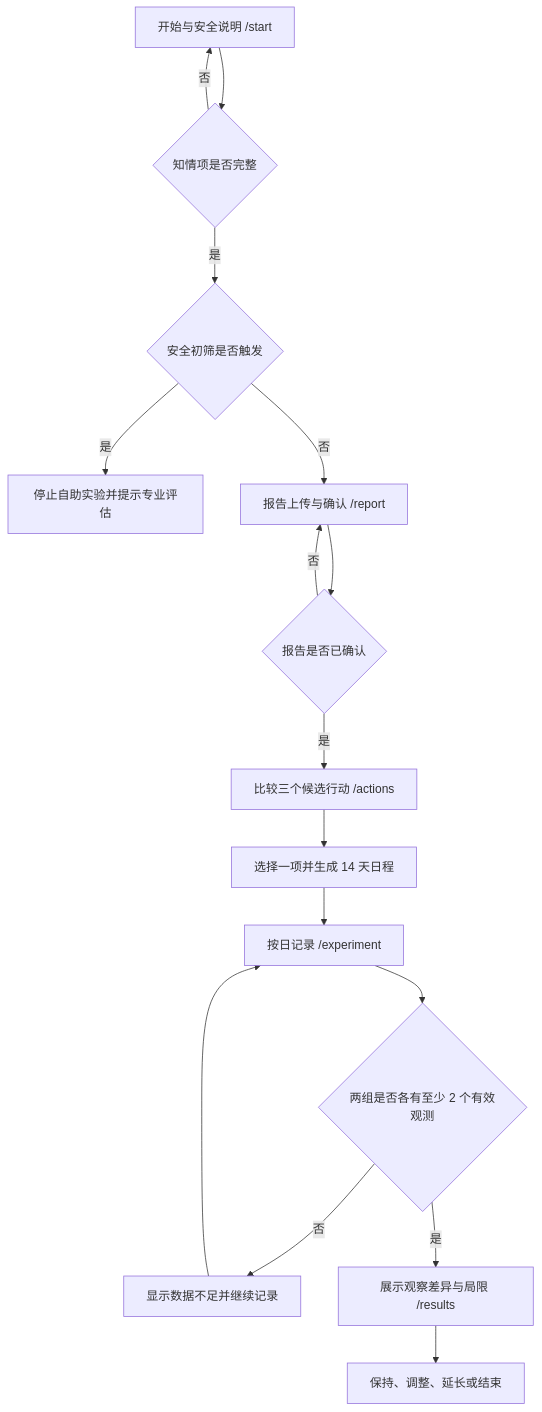
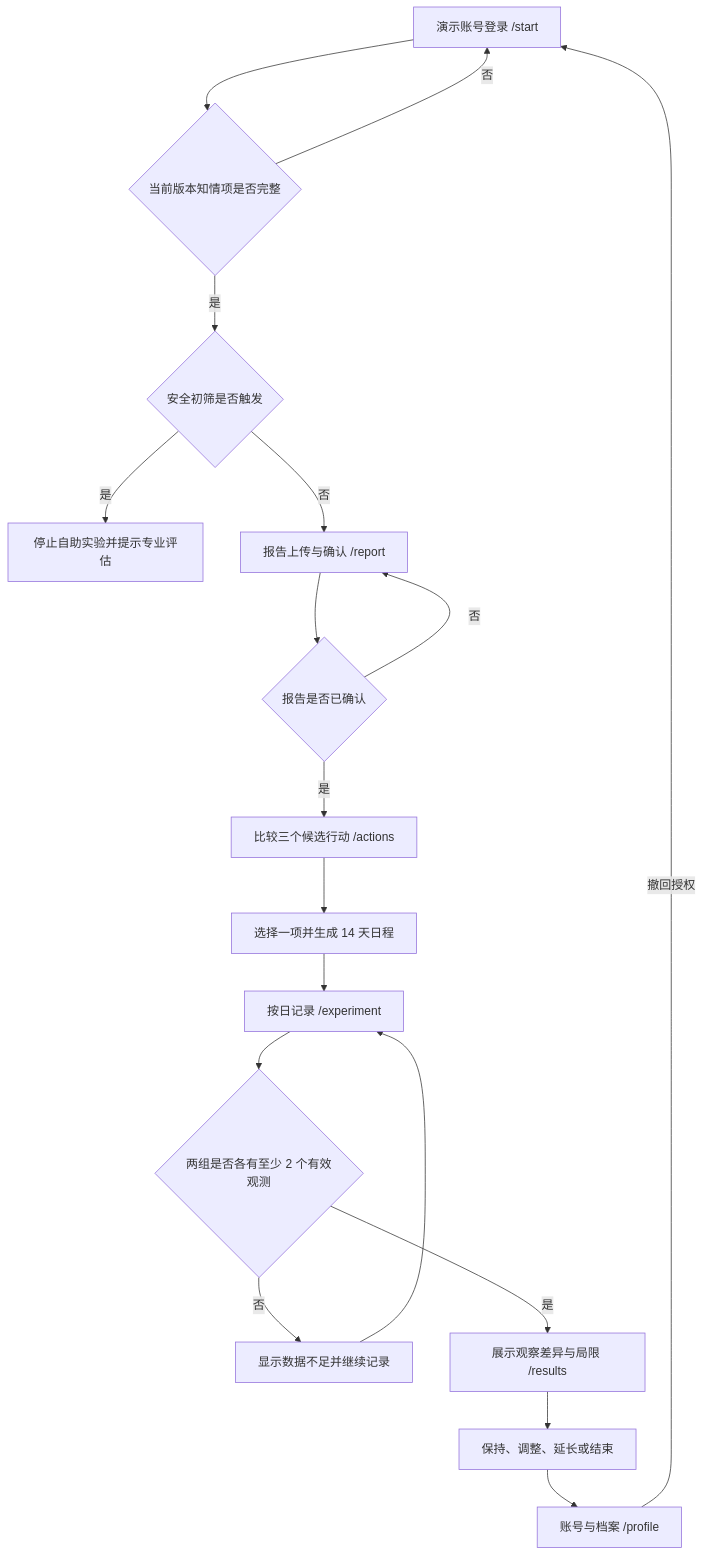
Before and after one commit to Ducklett404/YunSync: the diagram in docs/UX_FLOW.md, drawn with Mermaid. The commit also changed other lines of this file and 42 other files, not shown here.

````diff
--- a/docs/UX_FLOW.md
+++ b/docs/UX_FLOW.md
@@ -8,18 +9,20 @@
 ```mermaid
 flowchart TD
-    A[开始与安全说明 /start] --> B{知情项是否完整}
+    A[演示账号登录 /start] --> B{当前版本知情项是否完整}
     B -- 否 --> A
     B -- 是 --> C{安全初筛是否触发}
     C -- 是 --> S[停止自助实验并提示专业评估]
     C -- 否 --> D[报告上传与确认 /report]
     D --> E{报告是否已确认}
     E -- 否 --> D
     E -- 是 --> F[比较三个候选行动 /actions]
     F --> G[选择一项并生成 14 天日程]
     G --> H[按日记录 /experiment]
     H --> I{两组是否各有至少 2 个有效观测}
     I -- 否 --> J[显示数据不足并继续记录]
     I -- 是 --> K[展示观察差异与局限 /results]
     J --> H
     K --> L[保持、调整、延长或结束]
+    L --> M[账号与档案 /profile]
+    M -->|撤回授权| A
 ```
````
